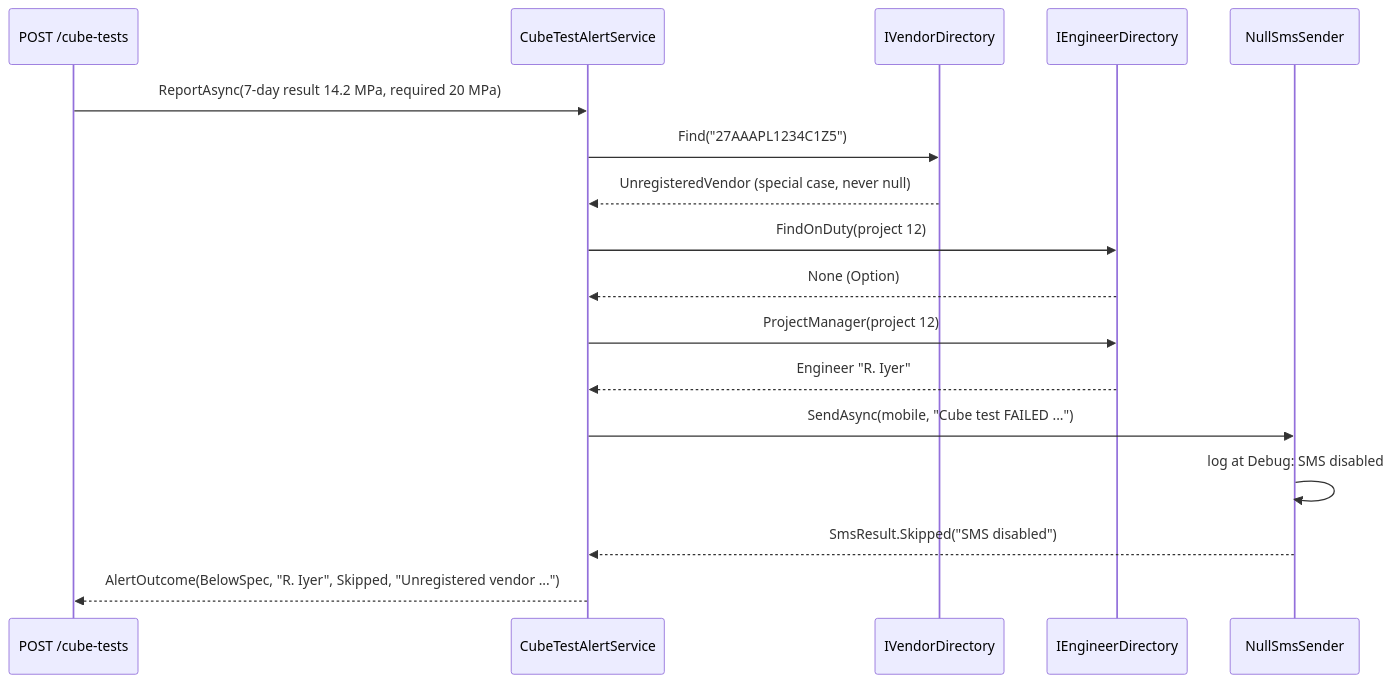
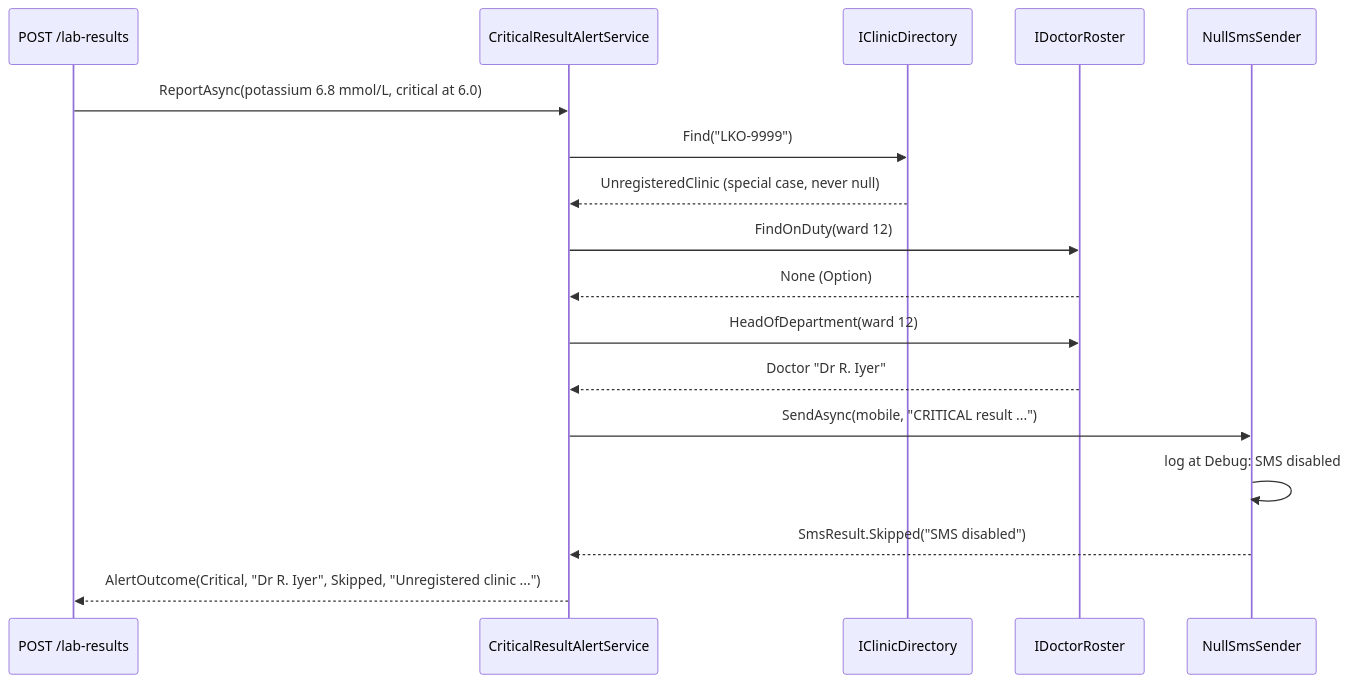
The second of 2 diagrams in content/lessons/m06/m06-null-object.md (rizwi0786/system-design-lab), drawn with Mermaid before and after one commit. The commit also changed other lines of this file and 334 other files, not shown here.

````diff
--- a/content/lessons/m06/m06-null-object.md
+++ b/content/lessons/m06/m06-null-object.md
@@ -219,19 +219,19 @@
 ```mermaid
 sequenceDiagram
-    participant API as POST /cube-tests
-    participant S as CubeTestAlertService
-    participant V as IVendorDirectory
-    participant E as IEngineerDirectory
+    participant API as POST /lab-results
+    participant S as CriticalResultAlertService
+    participant V as IClinicDirectory
+    participant E as IDoctorRoster
     participant N as NullSmsSender
-    API->>S: ReportAsync(7-day result 14.2 MPa, required 20 MPa)
-    S->>V: Find("27AAAPL1234C1Z5")
-    V-->>S: UnregisteredVendor (special case, never null)
-    S->>E: FindOnDuty(project 12)
+    API->>S: ReportAsync(potassium 6.8 mmol/L, critical at 6.0)
+    S->>V: Find("LKO-9999")
+    V-->>S: UnregisteredClinic (special case, never null)
+    S->>E: FindOnDuty(ward 12)
     E-->>S: None (Option)
-    S->>E: ProjectManager(project 12)
-    E-->>S: Engineer "R. Iyer"
-    S->>N: SendAsync(mobile, "Cube test FAILED ...")
+    S->>E: HeadOfDepartment(ward 12)
+    E-->>S: Doctor "Dr R. Iyer"
+    S->>N: SendAsync(mobile, "CRITICAL result ...")
     N->>N: log at Debug: SMS disabled
     N-->>S: SmsResult.Skipped("SMS disabled")
-    S-->>API: AlertOutcome(BelowSpec, "R. Iyer", Skipped, "Unregistered vendor ...")
+    S-->>API: AlertOutcome(Critical, "Dr R. Iyer", Skipped, "Unregistered clinic ...")
 ```
````
